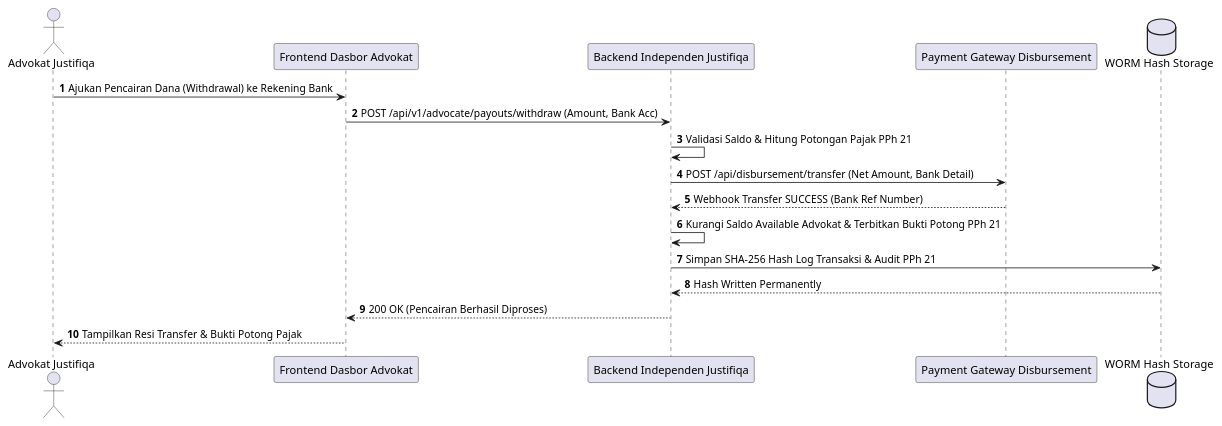
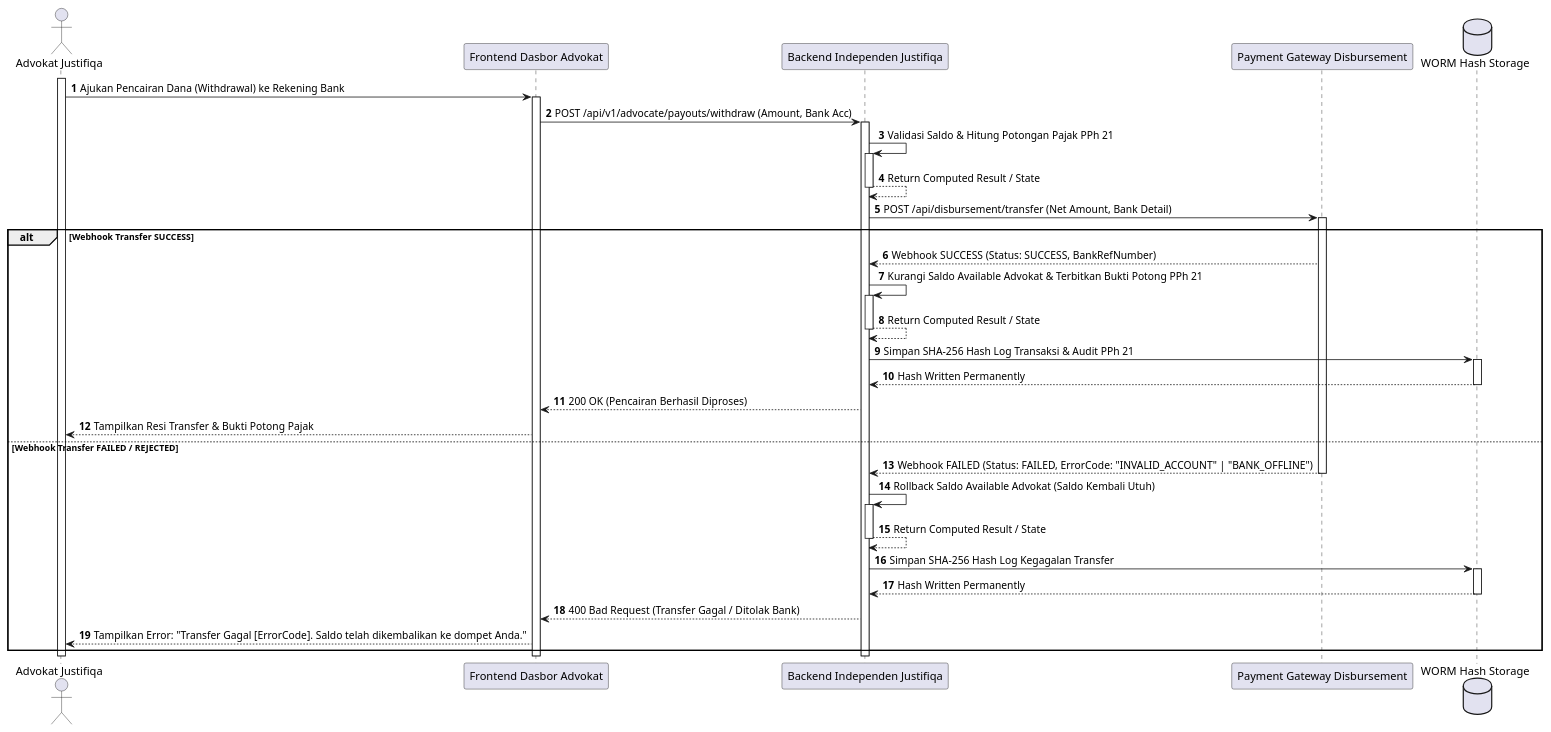
One commit to tupperwureism/SuperApp-Gagal changed diagram 11 of 27 in MarkDown/plantuml_sequence_diagrams.md. Above: the diagram before and after it, drawn with PlantUML. The commit also changed other lines of this file and 1 other file, not shown here.

Commit message:
docs(uml): enforce strict UML activation bars, API/DB return arrows, and alt security boundaries for SD Justifiqa & Qualifa

````diff
--- a/MarkDown/plantuml_sequence_diagrams.md
+++ b/MarkDown/plantuml_sequence_diagrams.md
@@ -349,23 +546,39 @@
 ```plantuml
 @startuml
 autonumber
 actor "Advokat Justifiqa" as Mitra
 participant "Frontend Dasbor Advokat" as FE
 participant "Backend Independen Justifiqa" as BE
 participant "Payment Gateway Disbursement" as PG
 database "WORM Hash Storage" as WORM
 
-Mitra -> FE : Ajukan Pencairan Dana (Withdrawal) ke Rekening Bank
-FE -> BE : POST /api/v1/advocate/payouts/withdraw (Amount, Bank Acc)
+activate Mitra
+Mitra -> FE ++ : Ajukan Pencairan Dana (Withdrawal) ke Rekening Bank
+FE -> BE ++ : POST /api/v1/advocate/payouts/withdraw (Amount, Bank Acc)
 
-BE -> BE : Validasi Saldo & Hitung Potongan Pajak PPh 21
-BE -> PG : POST /api/disbursement/transfer (Net Amount, Bank Detail)
-PG --> BE : Webhook Transfer SUCCESS (Bank Ref Number)
+BE -> BE ++ : Validasi Saldo & Hitung Potongan Pajak PPh 21
+BE --> BE -- : Return Computed Result / State
+BE -> PG ++ : POST /api/disbursement/transfer (Net Amount, Bank Detail)
 
-BE -> BE : Kurangi Saldo Available Advokat & Terbitkan Bukti Potong PPh 21
-BE -> WORM : Simpan SHA-256 Hash Log Transaksi & Audit PPh 21
-WORM --> BE : Hash Written Permanently
-BE --> FE : 200 OK (Pencairan Berhasil Diproses)
-FE --> Mitra : Tampilkan Resi Transfer & Bukti Potong Pajak
+alt Webhook Transfer SUCCESS
+    PG --> BE : Webhook SUCCESS (Status: SUCCESS, BankRefNumber)
+    BE -> BE ++ : Kurangi Saldo Available Advokat & Terbitkan Bukti Potong PPh 21
+    BE --> BE -- : Return Computed Result / State
+    BE -> WORM ++ : Simpan SHA-256 Hash Log Transaksi & Audit PPh 21
+    WORM --> BE -- : Hash Written Permanently
+    BE --> FE : 200 OK (Pencairan Berhasil Diproses)
+    FE --> Mitra : Tampilkan Resi Transfer & Bukti Potong Pajak
+else Webhook Transfer FAILED / REJECTED
+    PG --> BE -- : Webhook FAILED (Status: FAILED, ErrorCode: "INVALID_ACCOUNT" | "BANK_OFFLINE")
+    BE -> BE ++ : Rollback Saldo Available Advokat (Saldo Kembali Utuh)
+    BE --> BE -- : Return Computed Result / State
+    BE -> WORM ++ : Simpan SHA-256 Hash Log Kegagalan Transfer
+    WORM --> BE -- : Hash Written Permanently
+    BE --> FE : 400 Bad Request (Transfer Gagal / Ditolak Bank)
+    FE --> Mitra : Tampilkan Error: "Transfer Gagal [ErrorCode]. Saldo telah dikembalikan ke dompet Anda."
+end
+deactivate BE
+deactivate FE
+deactivate Mitra
 @enduml
 ```
````
